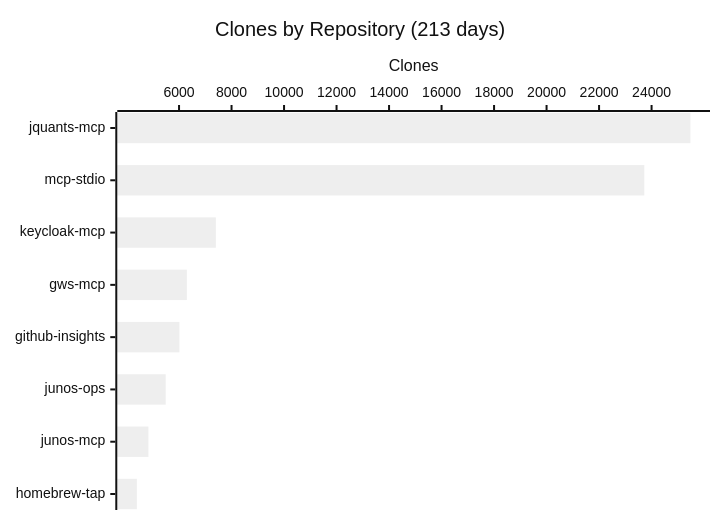
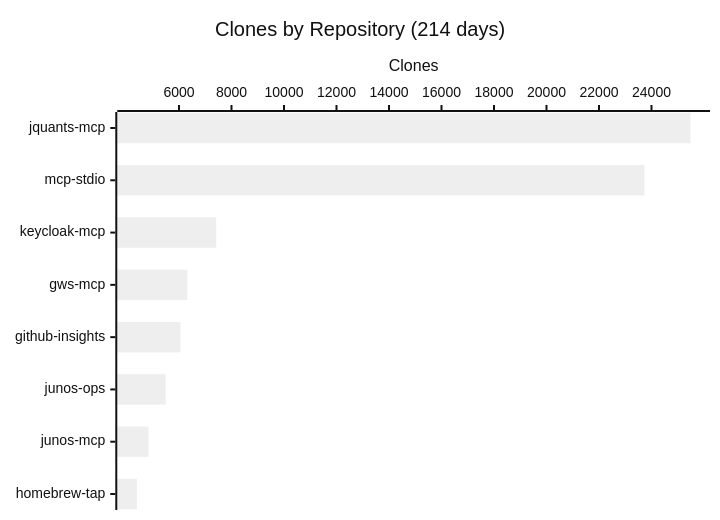
The fourth of 4 diagrams in README.md (shigechika/github-insights), drawn with Mermaid (neutral theme) before and after one commit. The commit also changed other lines of this file and 2 other files, not shown here.

````diff
--- a/README.md
+++ b/README.md
@@ -58,7 +58,7 @@
 ```mermaid
 xychart-beta horizontal
-    title "Clones by Repository (213 days)"
+    title "Clones by Repository (214 days)"
     x-axis ["jquants-mcp", "mcp-stdio", "keycloak-mcp", "gws-mcp", "github-insights", "junos-ops", "junos-mcp", "homebrew-tap"]
     y-axis "Clones"
-    bar [25480, 23723, 7402, 6298, 6014, 5492, 4834, 4393]
+    bar [25483, 23729, 7417, 6316, 6055, 5493, 4840, 4395]
 ```
````
